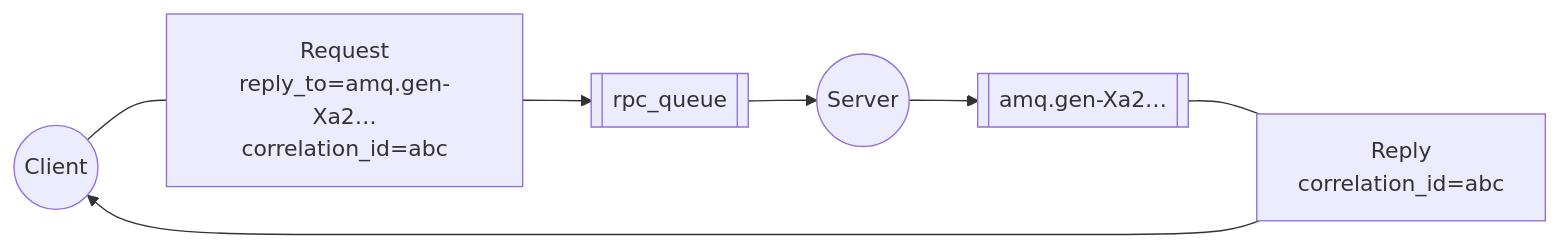
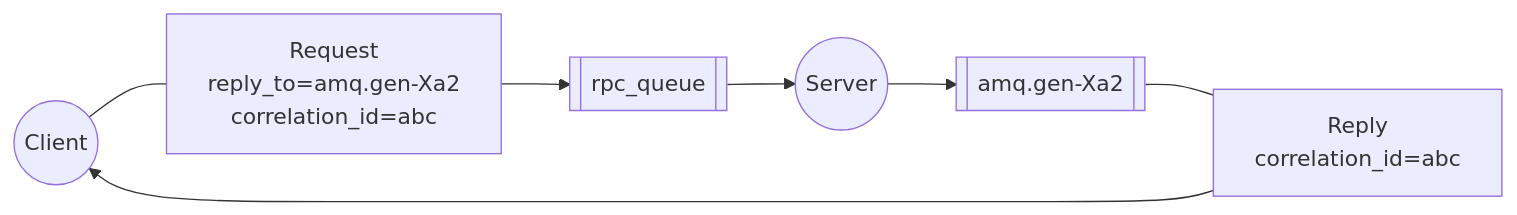
One commit to robert0714/Udemy_RabbitMQ_In_Practice_2022 changed the sixth of 6 diagrams in chapter05/README.md. Above: the diagram before and after it, drawn with Mermaid.

````diff
--- a/chapter05/README.md
+++ b/chapter05/README.md
@@ -124,21 +124,21 @@
 ```mermaid
 flowchart LR
     C((Client))
     S((Server))
     Q1[[rpc_queue]]
-    Q2[[amq.gen-Xa2…]]
+    Q2[[amq.gen-Xa2]]
     Request["`Request
-    reply_to=amq.gen-Xa2…
+    reply_to=amq.gen-Xa2
     correlation_id=abc`"]
     Reply["`Reply
     correlation_id=abc`"]
 
     C --- Request --> Q1 --> S --> Q2 --- Reply --> C
 
     class C mermaid-producer
     class Q1 mermaid-queue
     class Q2 mermaid-queue
     class S mermaid-consumer
     class Request mermaid-msg
     class Reply mermaid-msg
 ```
````
